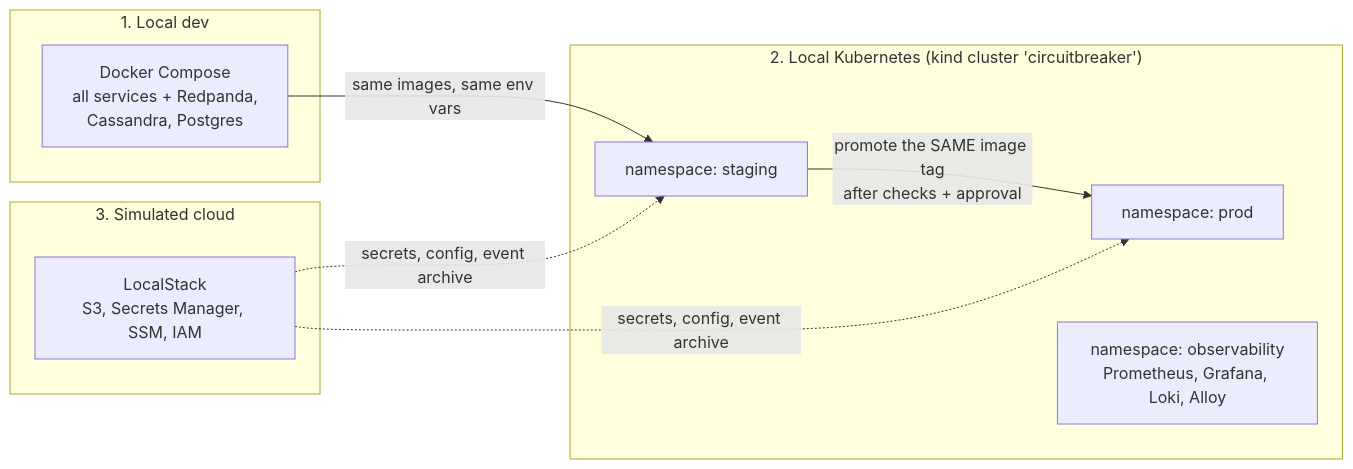
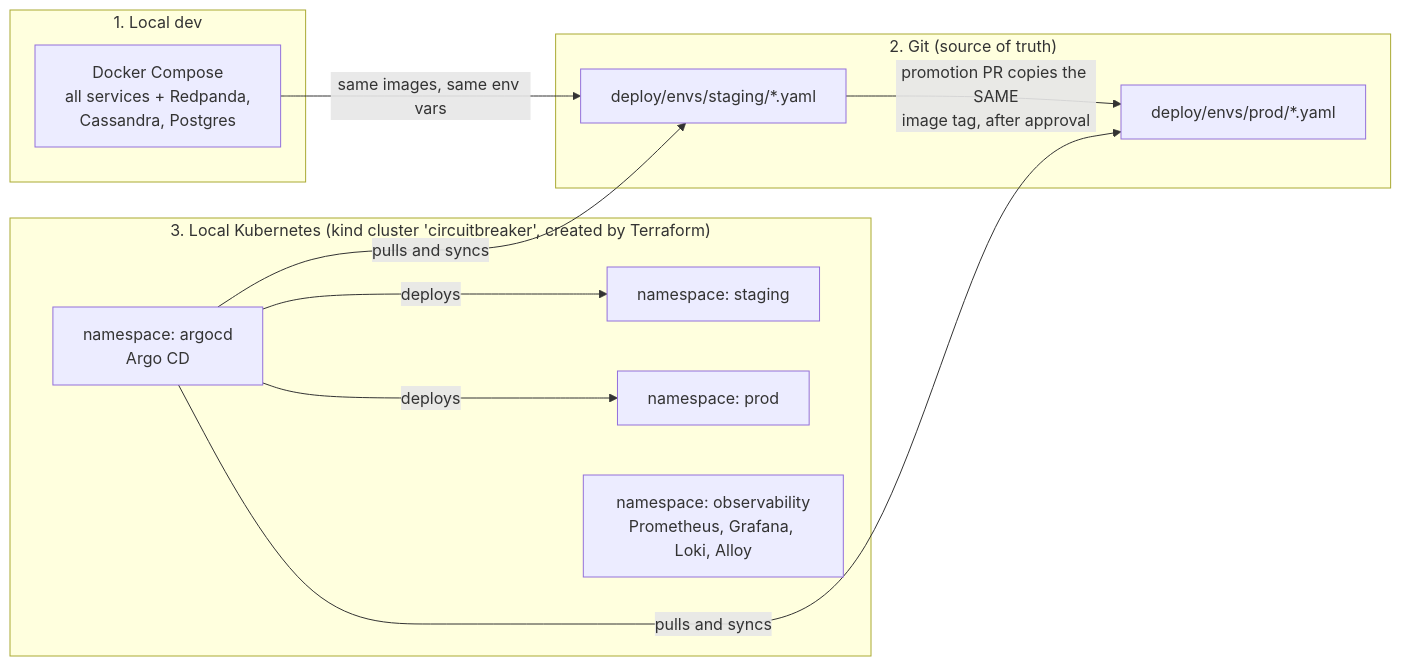
Before and after one commit to Kaizer-1/CircuitBreaker: the first of 2 diagrams in docs/03-architecture/07-deployment-and-environments.md, drawn with Mermaid. The commit also changed other lines of this file and 11 other files, not shown here.

Commit message:
docs(deploy): adopt Argo CD GitOps and Terraform-managed local platform (ADR-0014, ADR-0015)

````diff
--- a/docs/03-architecture/07-deployment-and-environments.md
+++ b/docs/03-architecture/07-deployment-and-environments.md
@@ -8,17 +8,20 @@
 ```mermaid
 flowchart LR
     subgraph L1["1. Local dev"]
         DC["Docker Compose<br/>all services + Redpanda,<br/>Cassandra, Postgres"]
     end
-    subgraph L2["2. Local Kubernetes (kind cluster 'circuitbreaker')"]
+    subgraph G["2. Git (source of truth)"]
+        GS["deploy/envs/staging/*.yaml"]
+        GP["deploy/envs/prod/*.yaml"]
+    end
+    subgraph L2["3. Local Kubernetes (kind cluster 'circuitbreaker', created by Terraform)"]
+        AR["namespace: argocd<br/>Argo CD"]
         ST["namespace: staging"]
         PR["namespace: prod"]
         OB["namespace: observability<br/>Prometheus, Grafana, Loki, Alloy"]
     end
-    subgraph L3["3. Simulated cloud"]
-        LS["LocalStack<br/>S3, Secrets Manager, SSM, IAM"]
-    end
-    DC -- "same images, same env vars" --> ST
-    ST -- "promote the SAME image tag<br/>after checks + approval" --> PR
-    LS -. "secrets, config, event archive" .-> ST & PR
+    DC -- "same images, same env vars" --> GS
+    GS -- "promotion PR copies the SAME<br/>image tag, after approval" --> GP
+    AR -- "pulls and syncs" --> GS & GP
+    AR -- "deploys" --> ST & PR
 ```
````
